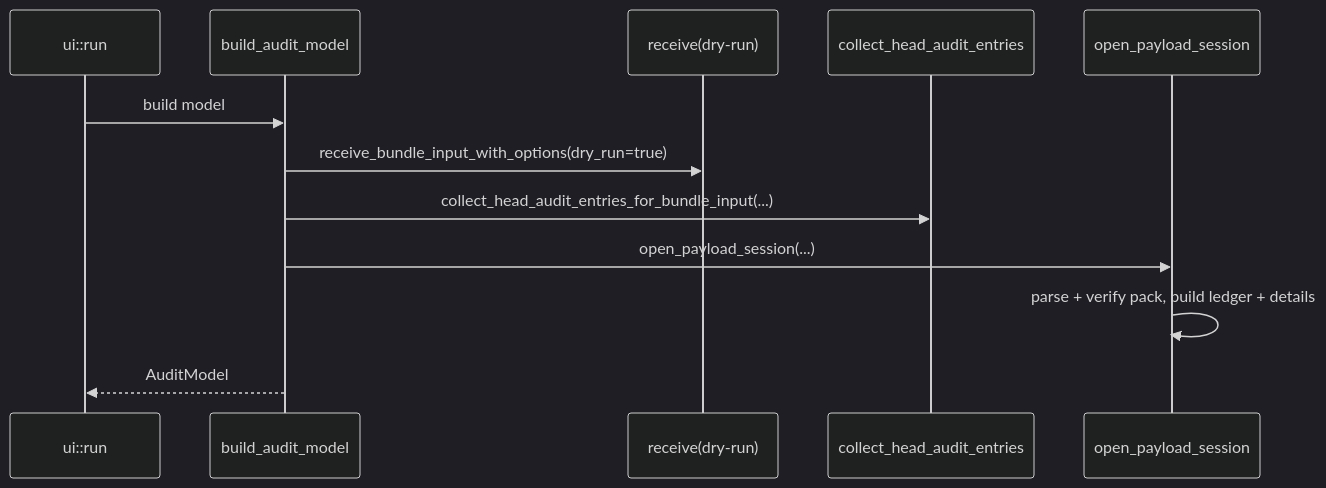
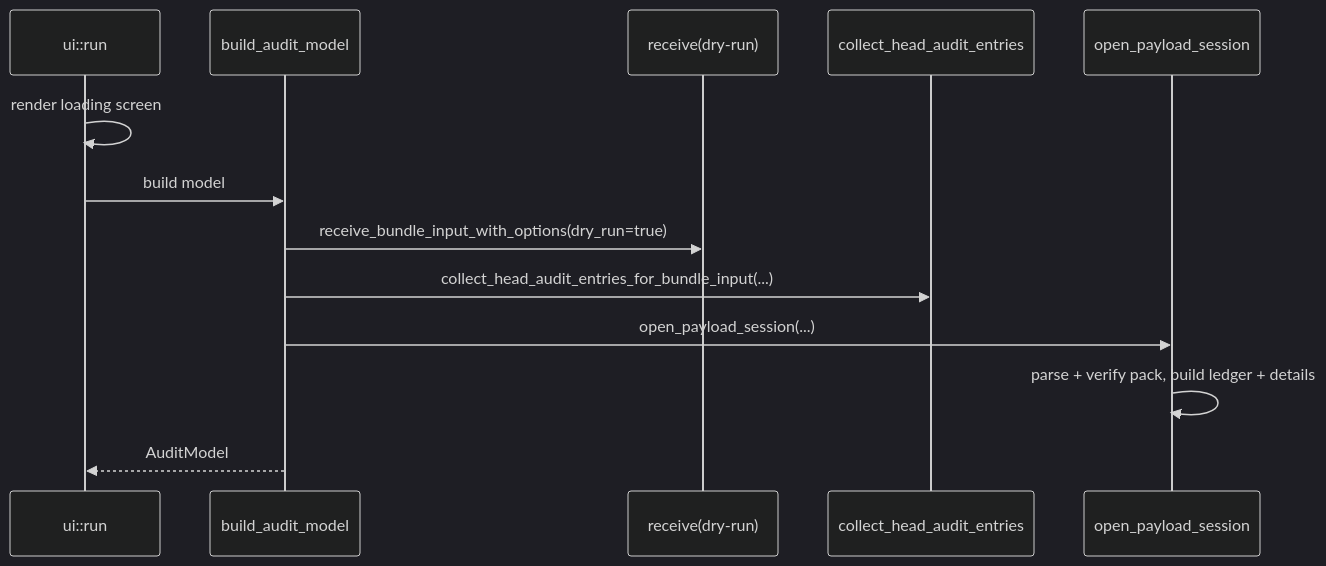
The sixth of 14 diagrams in docs/SDD_SAD.md (daredem0/git-sync), drawn with Mermaid (dark theme) before and after one commit. The commit also changed other lines of this file and 1 other file, not shown here.

````diff
--- a/docs/SDD_SAD.md
+++ b/docs/SDD_SAD.md
@@ -387,15 +389,16 @@
 ```mermaid
 sequenceDiagram
     participant UI as ui::run
     participant M as build_audit_model
     participant RV as receive(dry-run)
     participant CP as collect_head_audit_entries
     participant PS as open_payload_session
 
+    UI->>UI: render loading screen
     UI->>M: build model
     M->>RV: receive_bundle_input_with_options(dry_run=true)
     M->>CP: collect_head_audit_entries_for_bundle_input(...)
     M->>PS: open_payload_session(...)
     PS->>PS: parse + verify pack, build ledger + details
     M-->>UI: AuditModel
 ```
````
